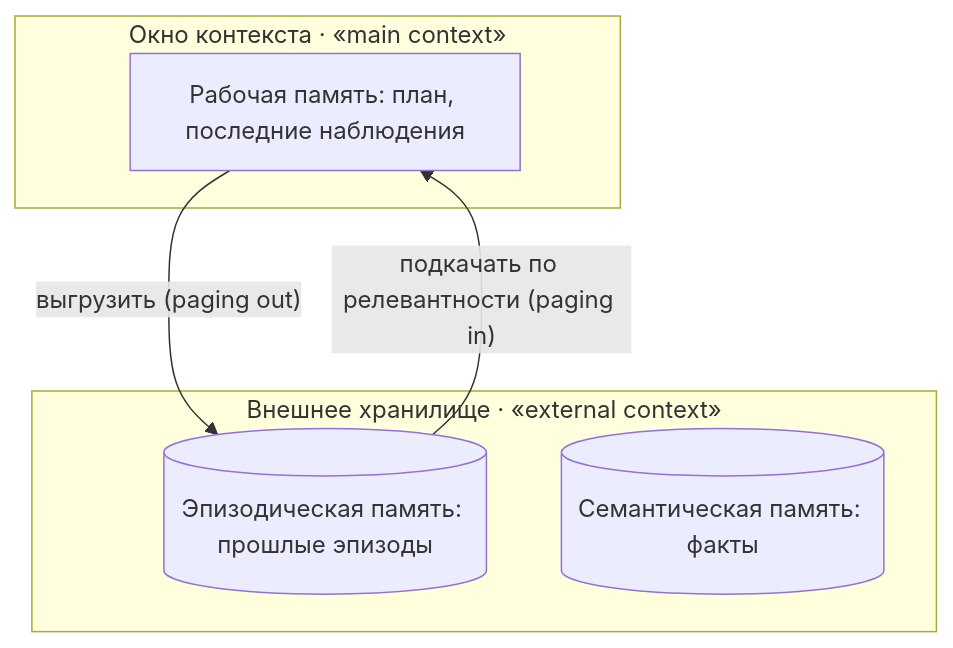
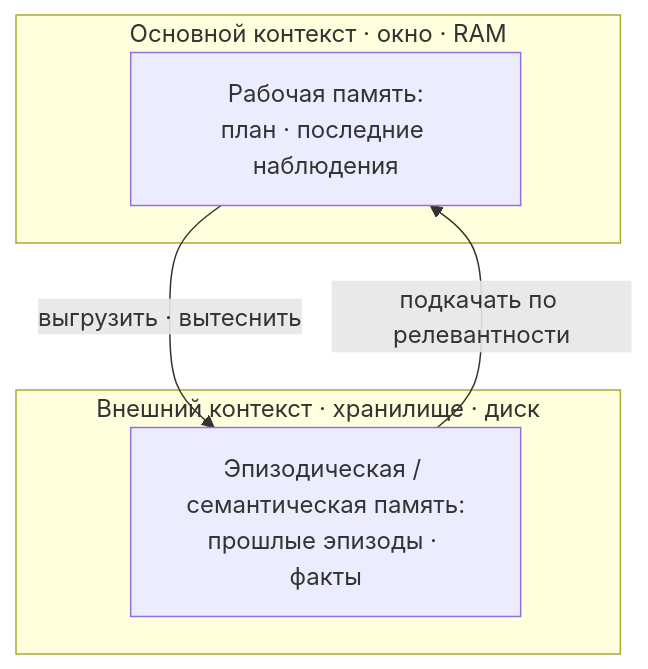
The third of 3 diagrams in i18n/ru/docusaurus-plugin-content-docs/current/part-2-agents/planning-loops/deep-dive.md (NikolaiSachok/ai-engineering-handbook), drawn with Mermaid before and after one commit. The commit also changed other lines of this file and 21 other files, not shown here.

First line of the commit message:
fix(i18n): reconcile 28 drifted diagrams and make the parity gate read inside a fence (#453)

````diff
--- a/i18n/ru/docusaurus-plugin-content-docs/current/part-2-agents/planning-loops/deep-dive.md
+++ b/i18n/ru/docusaurus-plugin-content-docs/current/part-2-agents/planning-loops/deep-dive.md
@@ -232,12 +225,11 @@
 ```mermaid
 flowchart TB
-    subgraph Window["Окно контекста · «main context»"]
-        WM["Рабочая память: план, последние наблюдения"]
+    subgraph Main["Основной контекст · окно · RAM"]
+        WM["Рабочая память:<br/>план · последние наблюдения"]
     end
-    subgraph Store["Внешнее хранилище · «external context»"]
-        EM[("Эпизодическая память: прошлые эпизоды")]
-        SM[("Семантическая память: факты")]
+    subgraph Ext["Внешний контекст · хранилище · диск"]
+        EM["Эпизодическая / семантическая память:<br/>прошлые эпизоды · факты"]
     end
-    WM -- "выгрузить (paging out)" --> EM
-    EM -- "подкачать по релевантности (paging in)" --> WM
+    WM -- "выгрузить · вытеснить" --> EM
+    EM -- "подкачать по релевантности" --> WM
 ```
````
